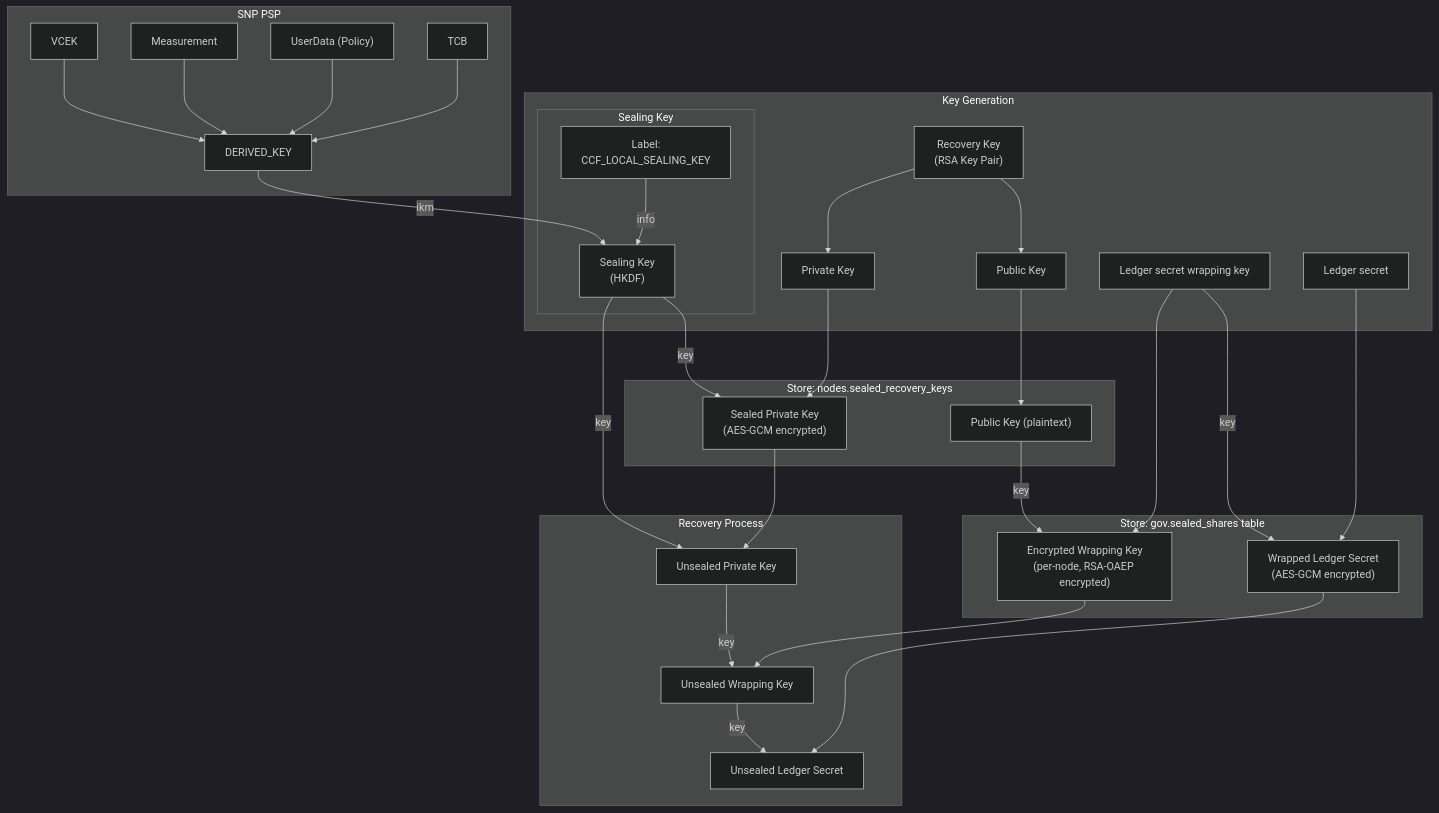
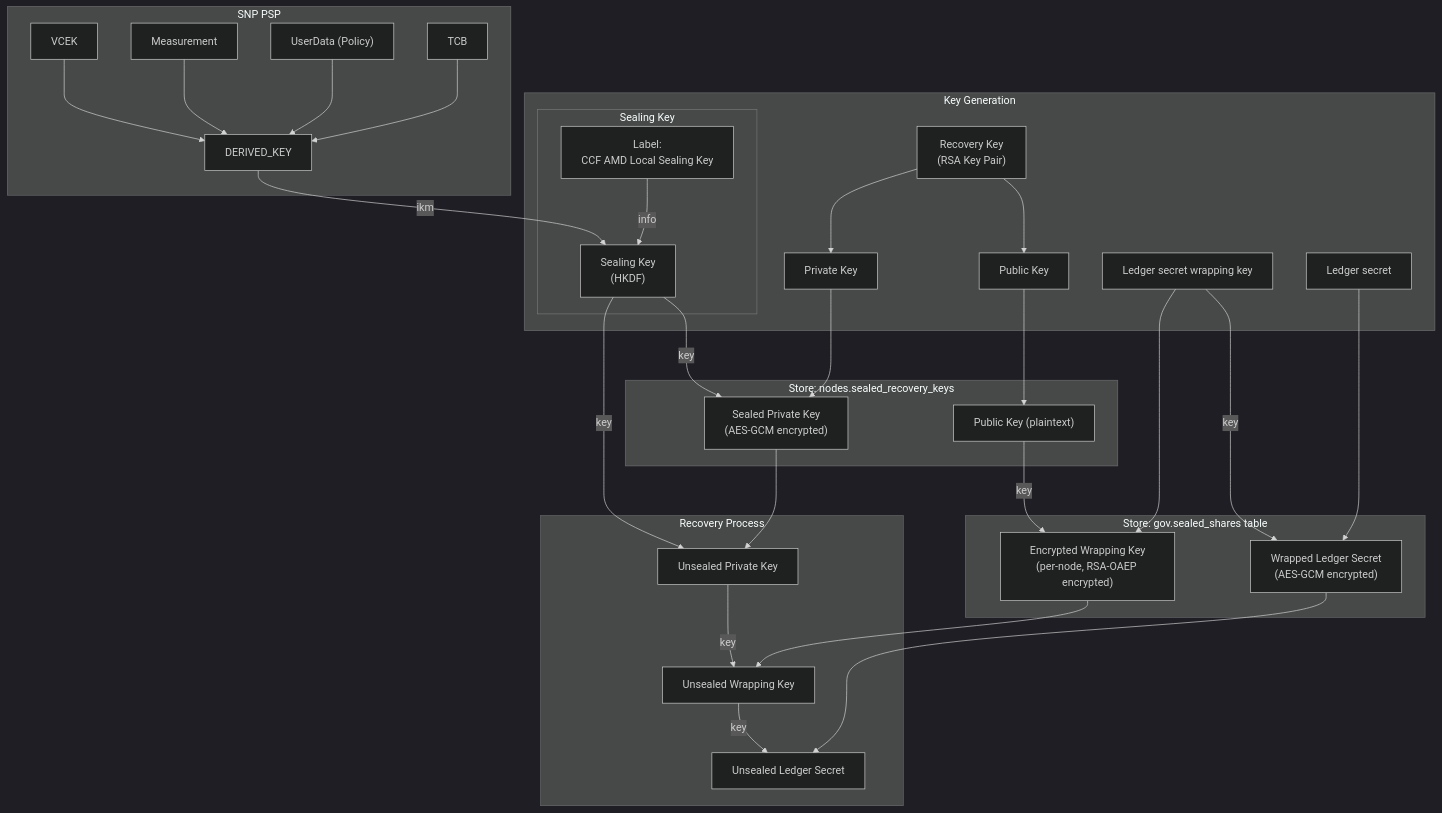
The fourth of 6 diagrams in doc/operations/recovery.rst (microsoft/CCF), drawn with Mermaid (dark theme) before and after one commit.

```diff
--- a/doc/operations/recovery.rst
+++ b/doc/operations/recovery.rst
@@ -134,67 +134,67 @@
 .. mermaid::
 
     flowchart TB
         subgraph SNP["SNP PSP"]
             DK["DERIVED_KEY"]
             VCEK
             Measurement
             Policy["UserData (Policy)"]
             TCB
 
             VCEK --> DK
             Measurement --> DK
             Policy --> DK            
             TCB --> DK
         end
 
         subgraph KG["Key Generation"]
             subgraph Sealing Key
                 SK["Sealing Key<br/>(HKDF)"]
-                Label["Label: <br/>CCF_LOCAL_SEALING_KEY"]
+                Label["Label: <br/>CCF AMD Local Sealing Key"]
                 DK -->|ikm| SK
                 Label -->|info| SK
             end
             
             RSA["Recovery Key<br/>(RSA Key Pair)"]
             PubKey["Public Key"]
             PrivKey["Private Key"]
             RSA --> PubKey
             RSA --> PrivKey
 
             LS["Ledger secret"]
             LSWK["Ledger secret wrapping key"]
         end
 
         subgraph Sealed["Store: nodes.sealed_recovery_keys"]
             SPK["Sealed Private Key<br/>(AES-GCM encrypted)"]
             SK -->|key| SPK
             PrivKey --> SPK
 
             StoredPubKey["Public Key (plaintext)"]
             PubKey --> StoredPubKey
         end
 
 
         subgraph Shares["Store: gov.sealed_shares table"]
             WLS["Wrapped Ledger Secret<br/>(AES-GCM encrypted)"]
             LSWK -->|key| WLS
             LS --> WLS
 
             EWK["Encrypted Wrapping Key<br/>(per-node, RSA-OAEP encrypted)"]
             StoredPubKey -->|key| EWK
             LSWK --> EWK
         end
 
         subgraph Recovery["Recovery Process"]
             UPK["Unsealed Private Key"]
             SK -->|key| UPK
             SPK --> UPK
 
             UWK["Unsealed Wrapping Key"]
             UPK -->|key| UWK
             EWK --> UWK
 
             ULS["Unsealed Ledger Secret"]
             UWK -->|key| ULS
             WLS --> ULS            
         end
```
